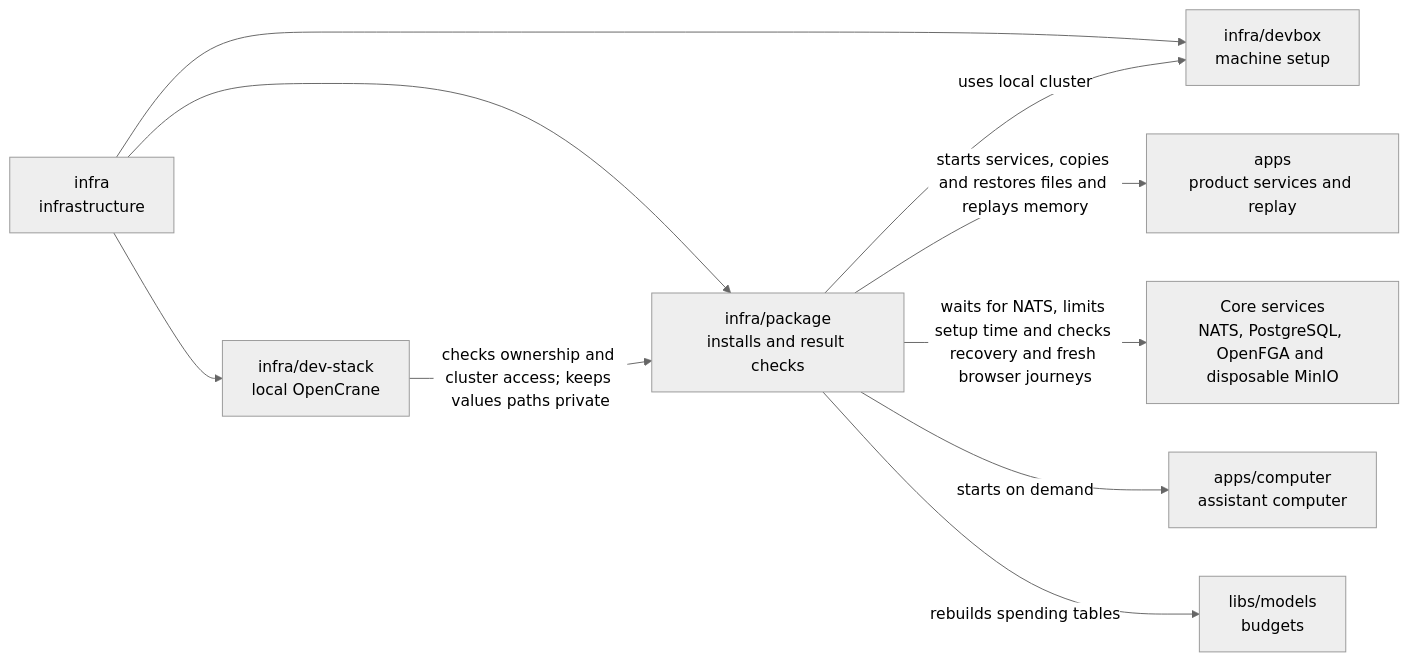
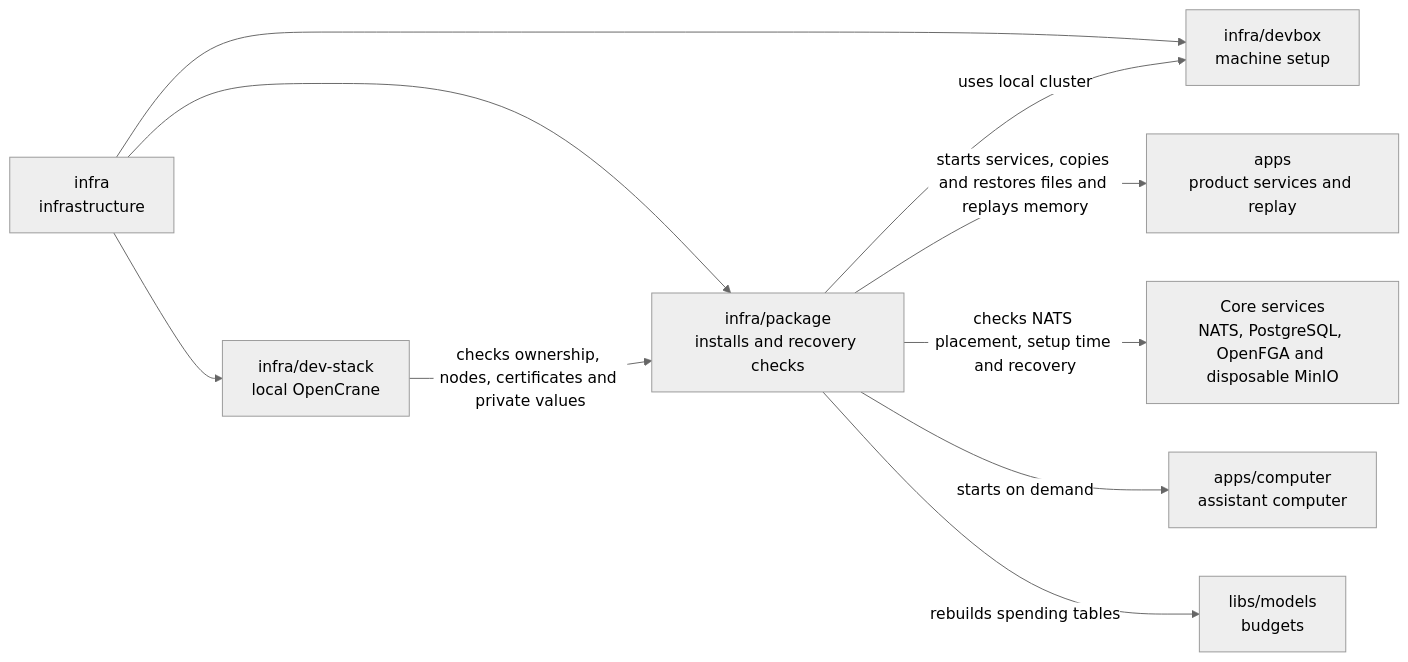
One commit to elewa-git/opencrane-new changed the diagram in infra/package/README.md. Above: the diagram before and after it, drawn with Mermaid (neutral theme). The commit also changed other lines of this file and 22 other files, not shown here.

````diff
--- a/infra/package/README.md
+++ b/infra/package/README.md
@@ -19,12 +19,12 @@
 ```mermaid
 flowchart LR
-  infra["infra<br/>infrastructure"] --> package["infra/package<br/>installs and result checks"]
+  infra["infra<br/>infrastructure"] --> package["infra/package<br/>installs and recovery checks"]
   infra --> stack["infra/dev-stack<br/>local OpenCrane"]
   infra --> devbox["infra/devbox<br/>machine setup"]
-  stack -->|checks ownership and cluster access; keeps values paths private| package
+  stack -->|checks ownership, nodes, certificates and private values| package
   package -->|uses local cluster| devbox
   package -->|starts services, copies and restores files and replays memory| apps["apps<br/>product services and replay"]
-  package -->|waits for NATS, limits setup time and checks recovery and fresh browser journeys| services["Core services<br/>NATS, PostgreSQL, OpenFGA and disposable MinIO"]
+  package -->|checks NATS placement, setup time and recovery| services["Core services<br/>NATS, PostgreSQL, OpenFGA and disposable MinIO"]
   package -->|starts on demand| computer["apps/computer<br/>assistant computer"]
   package -->|rebuilds spending tables| models["libs/models<br/>budgets"]
 ```
````
